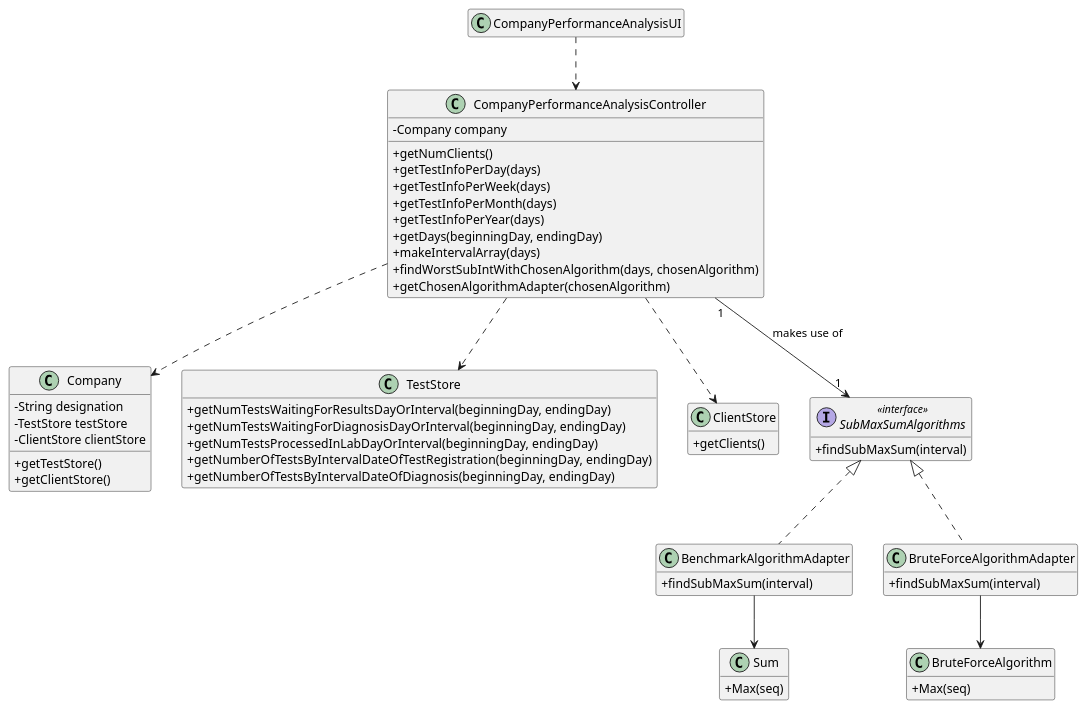
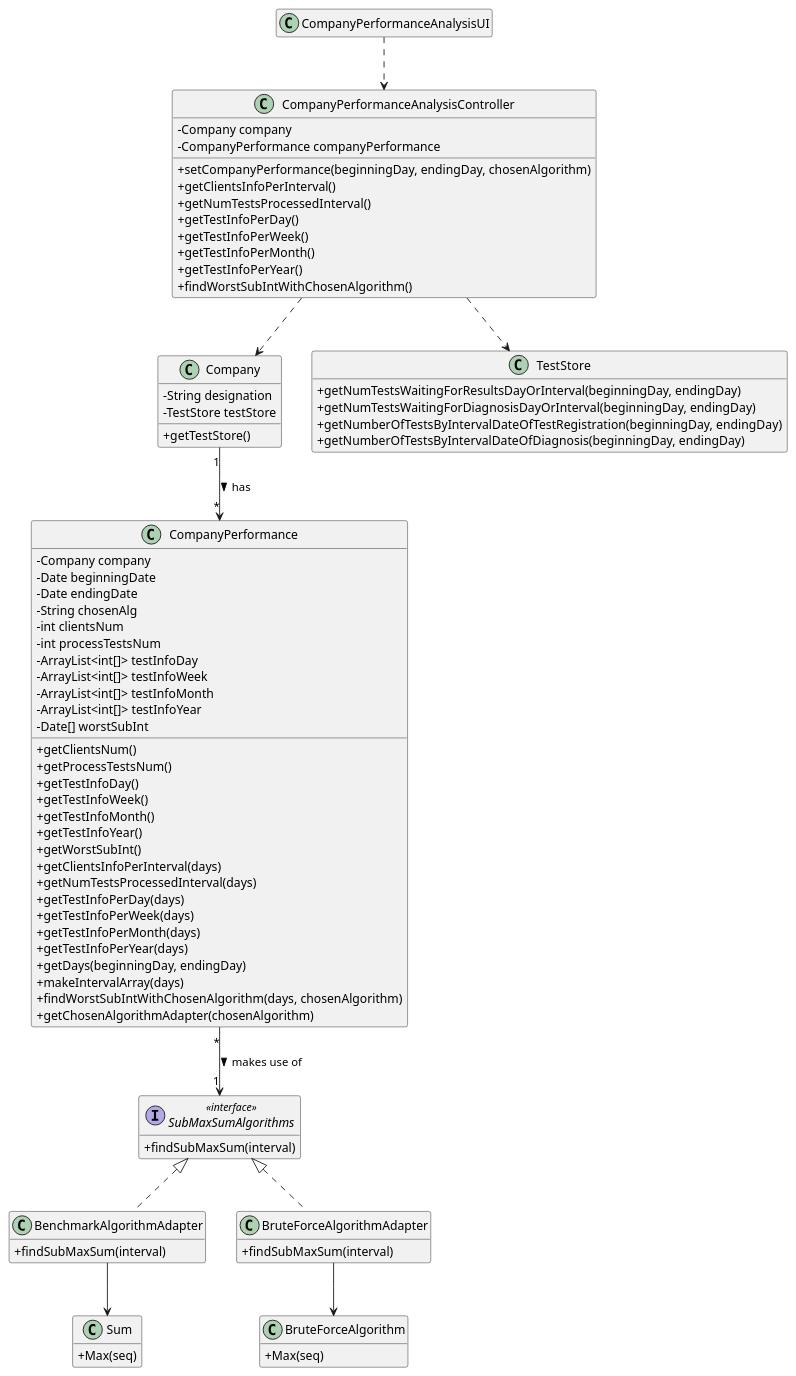
One commit to ana-albergaria/LAPR2-ISEP changed the diagram in docs/SprintD/US_16/US16_CD.puml. Above: the diagram before and after it, drawn with PlantUML. The commit also changed 13 other files, not shown here.

```diff
--- a/docs/SprintD/US_16/US16_CD.puml
+++ b/docs/SprintD/US_16/US16_CD.puml
@@ -1,75 +1,99 @@
 @startuml
 'skinparam linetype ortho
 hide empty methods
 hide empty attributes
 'left to right direction
 skinparam classAttributeIconSize 0
 
 class Company {
-    -String designation
-    -TestStore testStore
-    -ClientStore clientStore
-    +getTestStore()
-    +getClientStore()
+    - String designation
+    - TestStore testStore
+    + getTestStore()
 }
 
 class TestStore {
-    +getNumTestsWaitingForResultsDayOrInterval(beginningDay, endingDay)
-    +getNumTestsWaitingForDiagnosisDayOrInterval(beginningDay, endingDay)
-    +getNumTestsProcessedInLabDayOrInterval(beginningDay, endingDay)
-    +getNumberOfTestsByIntervalDateOfTestRegistration(beginningDay, endingDay)
-    +getNumberOfTestsByIntervalDateOfDiagnosis(beginningDay, endingDay)
-}
-
-class ClientStore {
-    +getClients()
+    + getNumTestsWaitingForResultsDayOrInterval(beginningDay, endingDay)
+    + getNumTestsWaitingForDiagnosisDayOrInterval(beginningDay, endingDay)
+    + getNumberOfTestsByIntervalDateOfTestRegistration(beginningDay, endingDay)
+    + getNumberOfTestsByIntervalDateOfDiagnosis(beginningDay, endingDay)
 }
 
 class CompanyPerformanceAnalysisController{
-    -Company company
-    +getNumClients()
-    +getTestInfoPerDay(days)
-    +getTestInfoPerWeek(days)
-    +getTestInfoPerMonth(days)
-    +getTestInfoPerYear(days)
-    +getDays(beginningDay, endingDay)
-    +makeIntervalArray(days)
-    +findWorstSubIntWithChosenAlgorithm(days, chosenAlgorithm)
-    +getChosenAlgorithmAdapter(chosenAlgorithm)
+    - Company company
+    - CompanyPerformance companyPerformance
+    + setCompanyPerformance(beginningDay, endingDay, chosenAlgorithm)
+    + getClientsInfoPerInterval()
+    + getNumTestsProcessedInterval()
+    + getTestInfoPerDay()
+    + getTestInfoPerWeek()
+    + getTestInfoPerMonth()
+    + getTestInfoPerYear()
+    + findWorstSubIntWithChosenAlgorithm()
 }
 
 class CompanyPerformanceAnalysisUI{
 }
 
 interface SubMaxSumAlgorithms <<interface>> {
-    +findSubMaxSum(interval)
+    + findSubMaxSum(interval)
 }
 
 class BenchmarkAlgorithmAdapter{
-    +findSubMaxSum(interval)
+    + findSubMaxSum(interval)
 }
 
 class BruteForceAlgorithmAdapter{
-    +findSubMaxSum(interval)
+    + findSubMaxSum(interval)
 }
 
 class Sum{
-    +Max(seq)
+    + Max(seq)
 }
 
 class BruteForceAlgorithm{
-    +Max(seq)
+    + Max(seq)
+}
+
+class CompanyPerformance{
+    - Company company
+    - Date beginningDate
+    - Date endingDate
+    - String chosenAlg
+    - int clientsNum
+    - int processTestsNum
+    - ArrayList<int[]> testInfoDay
+    - ArrayList<int[]> testInfoWeek
+    - ArrayList<int[]> testInfoMonth
+    - ArrayList<int[]> testInfoYear
+    - Date[] worstSubInt
+    + getClientsNum()
+    + getProcessTestsNum()
+    + getTestInfoDay()
+    + getTestInfoWeek()
+    + getTestInfoMonth()
+    + getTestInfoYear()
+    + getWorstSubInt()
+    + getClientsInfoPerInterval(days)
+    + getNumTestsProcessedInterval(days)
+    + getTestInfoPerDay(days)
+    + getTestInfoPerWeek(days)
+    + getTestInfoPerMonth(days)
+    + getTestInfoPerYear(days)
+    + getDays(beginningDay, endingDay)
+    + makeIntervalArray(days)
+    + findWorstSubIntWithChosenAlgorithm(days, chosenAlgorithm)
+    + getChosenAlgorithmAdapter(chosenAlgorithm)
 }
 
 CompanyPerformanceAnalysisUI ..> CompanyPerformanceAnalysisController
 CompanyPerformanceAnalysisController ..> Company
-CompanyPerformanceAnalysisController ..> ClientStore
 CompanyPerformanceAnalysisController ..> TestStore
-CompanyPerformanceAnalysisController "1" --> "1" SubMaxSumAlgorithms : makes use of
+CompanyPerformance "*" --> "1" SubMaxSumAlgorithms : makes use of >
 BenchmarkAlgorithmAdapter --> Sum
 BruteForceAlgorithmAdapter --> BruteForceAlgorithm
+Company "1" --> "*" CompanyPerformance : has >
 
 class BenchmarkAlgorithmAdapter implements SubMaxSumAlgorithms
 class BruteForceAlgorithmAdapter implements SubMaxSumAlgorithms
 
 @enduml
```
